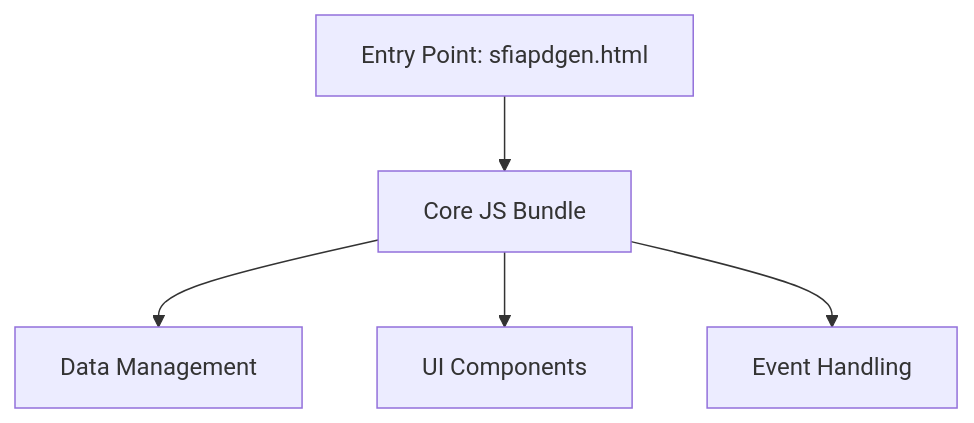
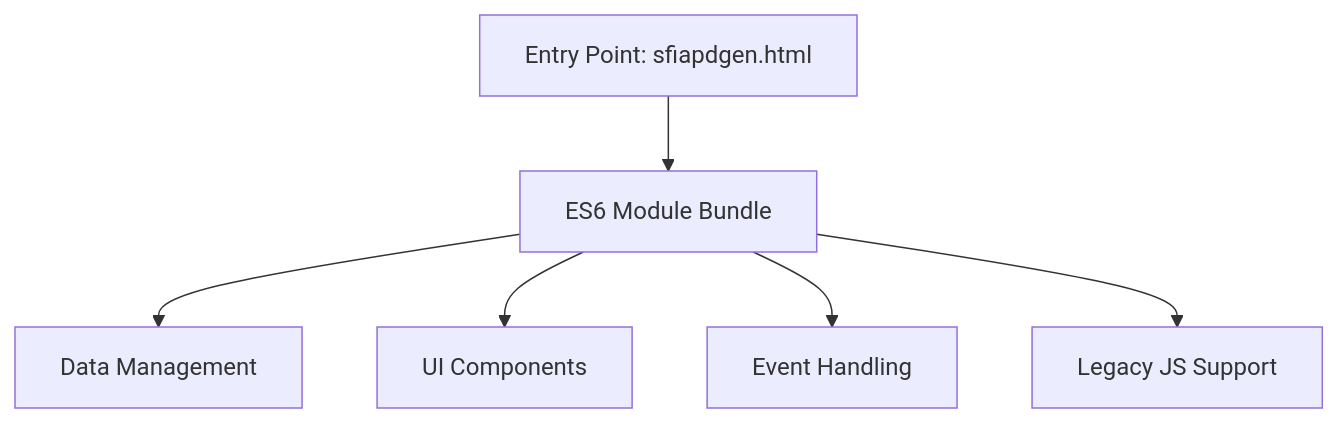
The first of 2 diagrams in memory-bank/systemPatterns.md (testudoq-org/sfia_pd_tool), drawn with Mermaid before and after one commit. The commit also changed other lines of this file and 22 other files, not shown here.

````diff
--- a/memory-bank/systemPatterns.md
+++ b/memory-bank/systemPatterns.md
@@ -52,7 +52,8 @@
 ```mermaid
 graph TD
-    A[Entry Point: sfiapdgen.html] --> B[Core JS Bundle]
+    A[Entry Point: sfiapdgen.html] --> B[ES6 Module Bundle]
     B --> C[Data Management]
     B --> D[UI Components]
     B --> E[Event Handling]
+    B --> F[Legacy JS Support]
 ```
````
